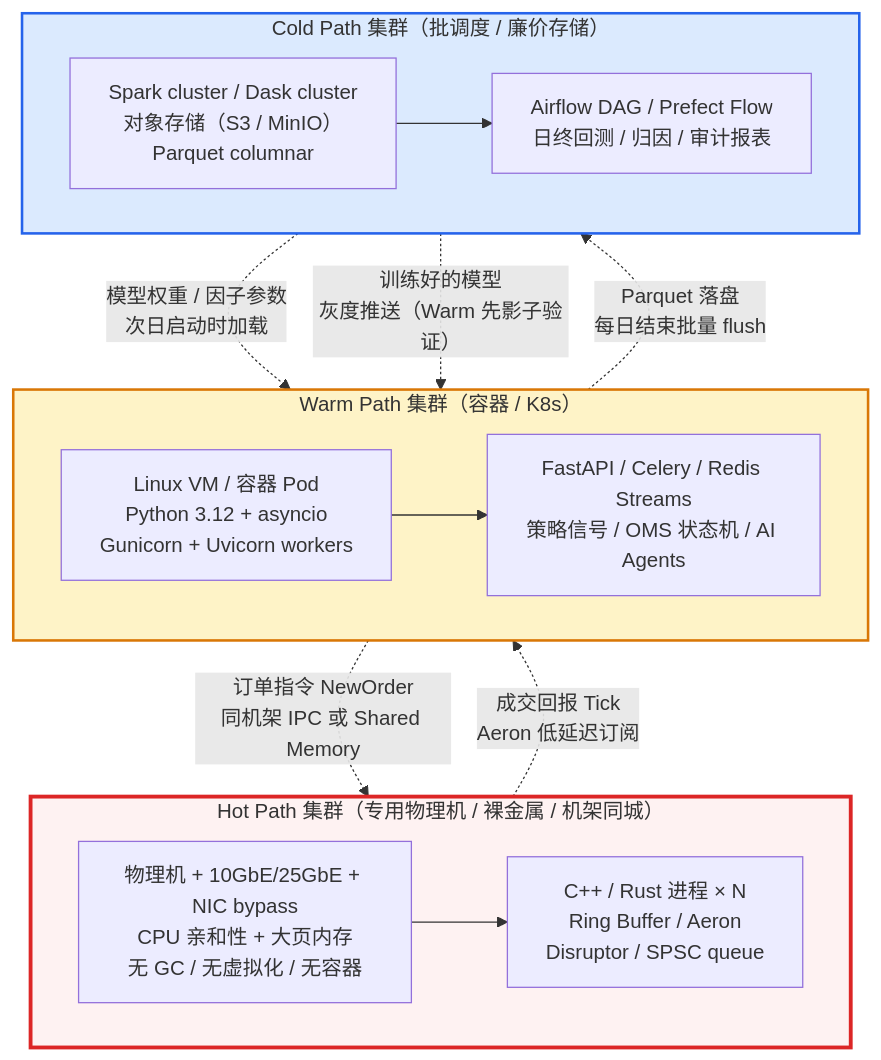
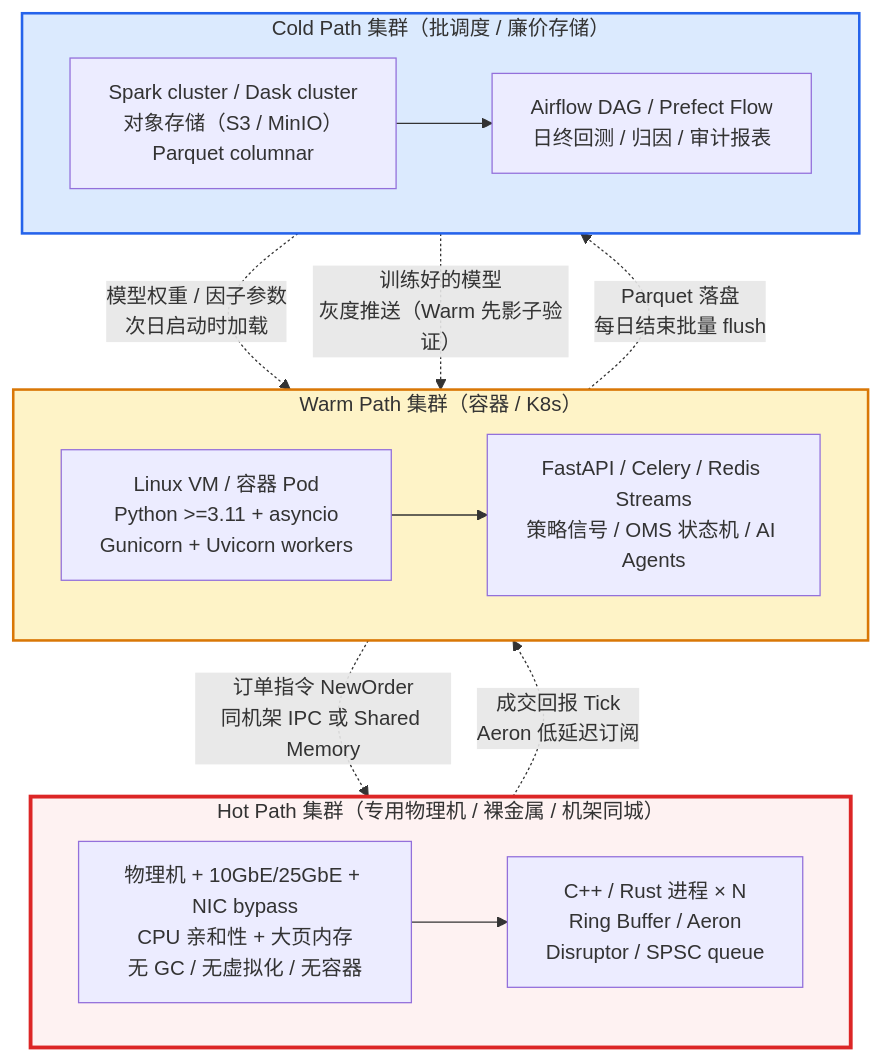
Before and after one commit to xuanFelixVan/ZephyrAlpha: the diagram in docs/02_enterprise_architecture/target-architecture/diagrams/runtime-planes-topology.mmd, drawn with Mermaid. The commit also changed 1055 other files, not shown here.

```diff
--- a/docs/02_enterprise_architecture/target-architecture/diagrams/runtime-planes-topology.mmd
+++ b/docs/02_enterprise_architecture/target-architecture/diagrams/runtime-planes-topology.mmd
@@ -1,30 +1,30 @@
 %% Source: 04bis-runtime-planes.md §2.3
 %%{init: {'theme': 'default'}}%%
 graph TB
     subgraph Hot["Hot Path 集群（专用物理机 / 裸金属 / 机架同城）"]
         HW["物理机 + 10GbE/25GbE + NIC bypass<br/>CPU 亲和性 + 大页内存<br/>无 GC / 无虚拟化 / 无容器"]
         HSW["C++ / Rust 进程 × N<br/>Ring Buffer / Aeron<br/>Disruptor / SPSC queue"]
         HW --> HSW
     end
 
     subgraph Warm["Warm Path 集群（容器 / K8s）"]
-        WH["Linux VM / 容器 Pod<br/>Python 3.12 + asyncio<br/>Gunicorn + Uvicorn workers"]
+        WH["Linux VM / 容器 Pod<br/>Python >=3.11 + asyncio<br/>Gunicorn + Uvicorn workers"]
         WSW["FastAPI / Celery / Redis Streams<br/>策略信号 / OMS 状态机 / AI Agents"]
         WH --> WSW
     end
 
     subgraph Cold["Cold Path 集群（批调度 / 廉价存储）"]
         CH["Spark cluster / Dask cluster<br/>对象存储（S3 / MinIO）<br/>Parquet columnar"]
         CSW["Airflow DAG / Prefect Flow<br/>日终回测 / 归因 / 审计报表"]
         CH --> CSW
     end
 
     Hot -.->|"成交回报 Tick<br/>Aeron 低延迟订阅"| Warm
     Warm -.->|"订单指令 NewOrder<br/>同机架 IPC 或 Shared Memory"| Hot
     Warm -.->|"Parquet 落盘<br/>每日结束批量 flush"| Cold
     Cold -.->|"模型权重 / 因子参数<br/>次日启动时加载"| Warm
     Cold -.->|"训练好的模型<br/>灰度推送（Warm 先影子验证）"| Warm
 
     style Hot fill:#fef2f2,stroke:#dc2626,stroke-width:3px
     style Warm fill:#fef3c7,stroke:#d97706,stroke-width:2px
     style Cold fill:#dbeafe,stroke:#2563eb,stroke-width:2px
```
